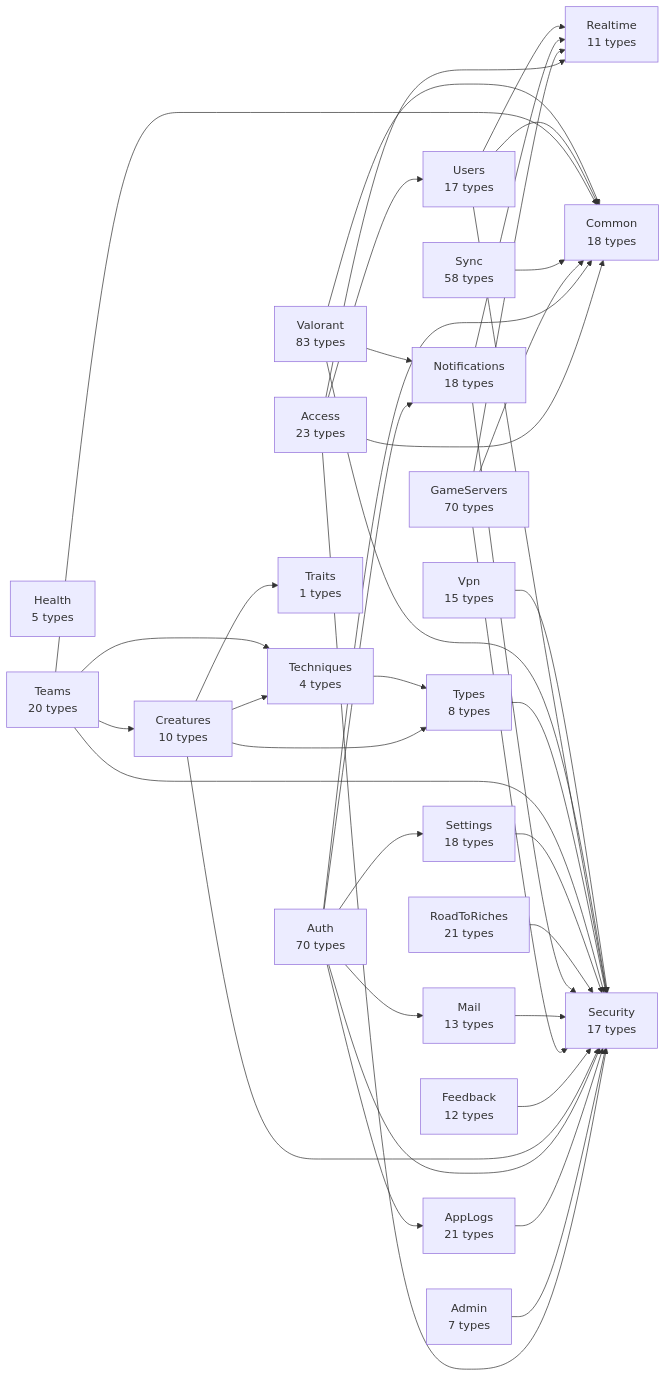
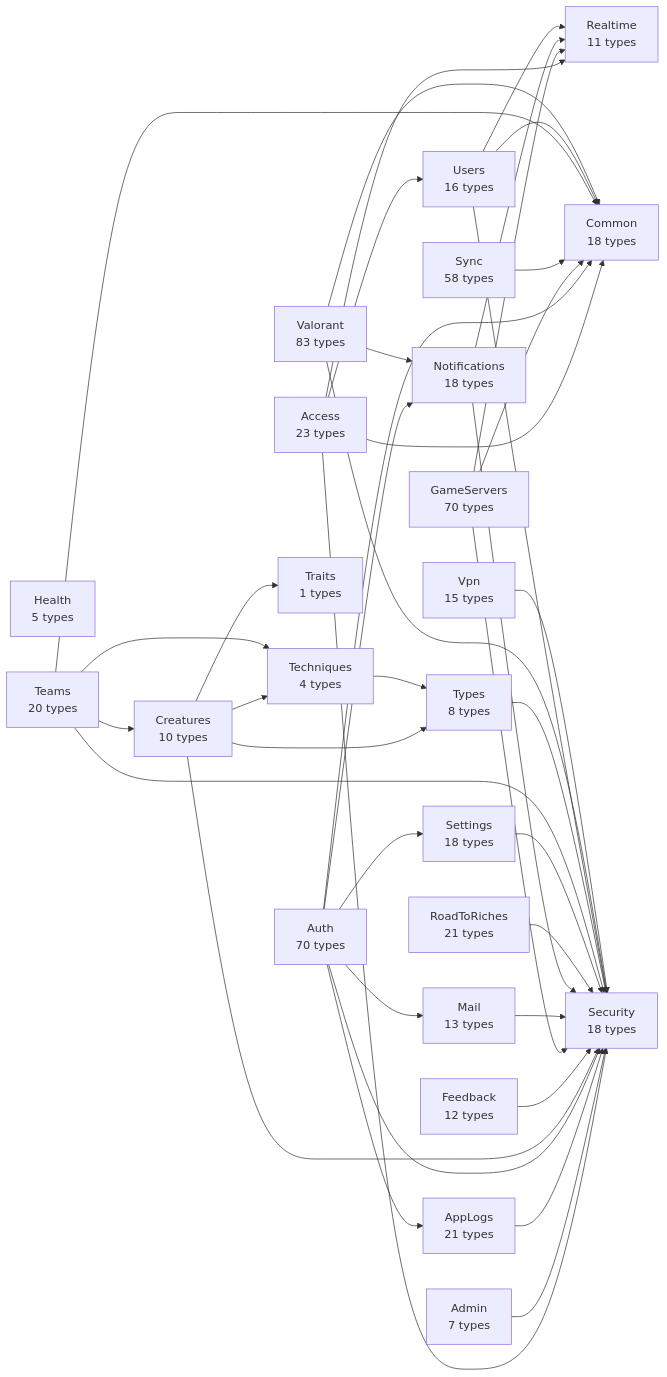
The diagram in api/docs/diagrams/00-modules.md (huiitre/Tools-app), drawn with Mermaid before and after one commit. The commit also changed 32 other files, not shown here.

````diff
--- a/api/docs/diagrams/00-modules.md
+++ b/api/docs/diagrams/00-modules.md
@@ -5,65 +5,65 @@
 ```mermaid
 flowchart LR
   Access["Access<br/>23 types"]
   Admin["Admin<br/>7 types"]
   AppLogs["AppLogs<br/>21 types"]
   Auth["Auth<br/>70 types"]
   Common["Common<br/>18 types"]
   Creatures["Creatures<br/>10 types"]
   Feedback["Feedback<br/>12 types"]
   GameServers["GameServers<br/>70 types"]
   Health["Health<br/>5 types"]
   Mail["Mail<br/>13 types"]
   Notifications["Notifications<br/>18 types"]
   Realtime["Realtime<br/>11 types"]
   RoadToRiches["RoadToRiches<br/>21 types"]
-  Security["Security<br/>17 types"]
+  Security["Security<br/>18 types"]
   Settings["Settings<br/>18 types"]
   Sync["Sync<br/>58 types"]
   Teams["Teams<br/>20 types"]
   Techniques["Techniques<br/>4 types"]
   Traits["Traits<br/>1 types"]
   Types["Types<br/>8 types"]
-  Users["Users<br/>17 types"]
+  Users["Users<br/>16 types"]
   Valorant["Valorant<br/>83 types"]
   Vpn["Vpn<br/>15 types"]
   Access --> Common
   Access --> Realtime
   Access --> Security
   Access --> Users
   Admin --> Security
   AppLogs --> Security
   Auth --> AppLogs
   Auth --> Common
   Auth --> Mail
   Auth --> Notifications
   Auth --> Security
   Auth --> Settings
   Creatures --> Security
   Creatures --> Techniques
   Creatures --> Traits
   Creatures --> Types
   Feedback --> Security
   GameServers --> Common
   GameServers --> Realtime
   GameServers --> Security
   Mail --> Security
   Notifications --> Realtime
   Notifications --> Security
   RoadToRiches --> Security
   Settings --> Security
   Sync --> Common
   Teams --> Common
   Teams --> Creatures
   Teams --> Security
   Teams --> Techniques
   Techniques --> Types
   Types --> Security
   Users --> Common
   Users --> Realtime
   Users --> Security
   Valorant --> Common
   Valorant --> Notifications
   Valorant --> Security
   Vpn --> Security
 ```
````
